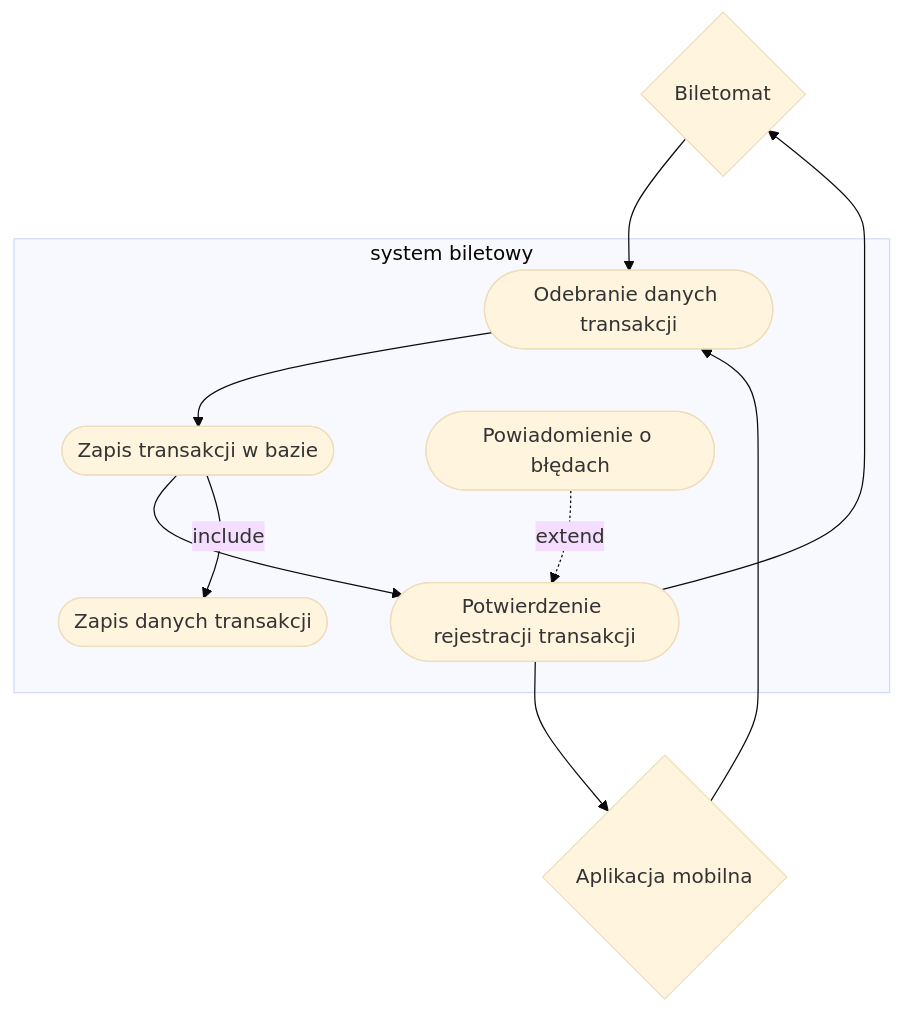
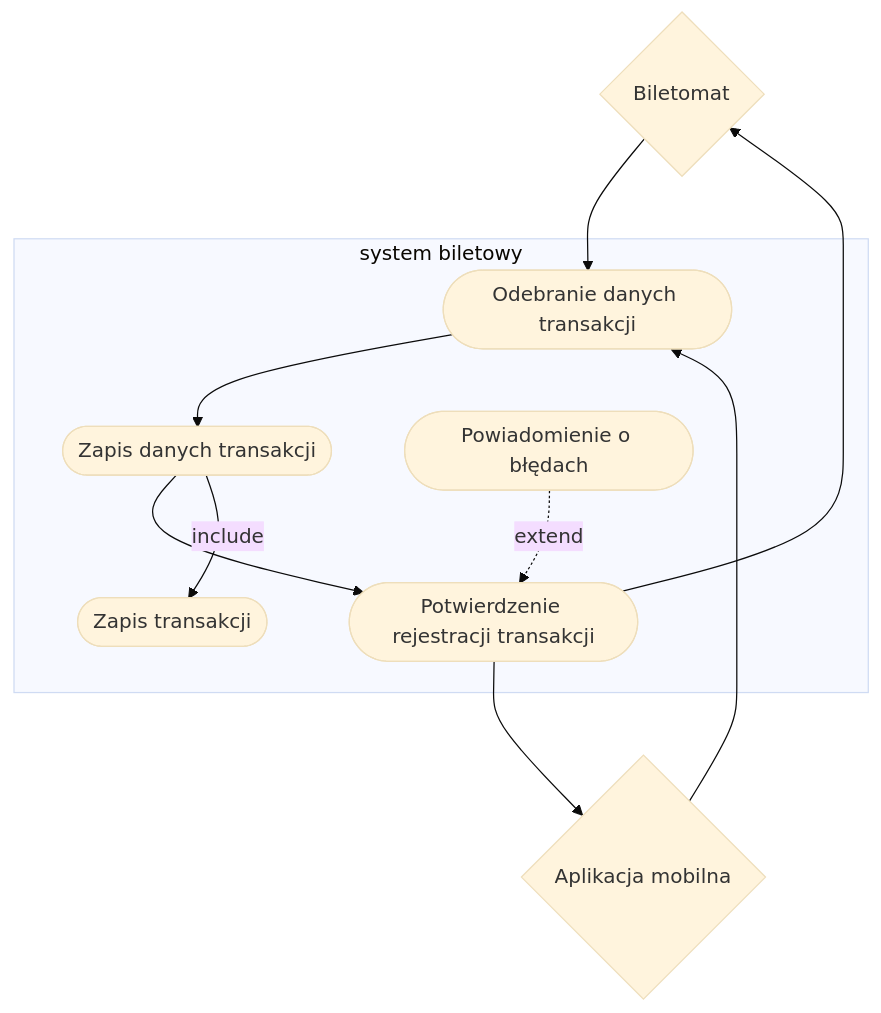
The fourth of 5 diagrams in system-biletowy.md (pilukal/MWO), drawn with Mermaid (base theme) before and after one commit. The commit also changed other lines of this file, not shown here.

````diff
--- a/system-biletowy.md
+++ b/system-biletowy.md
@@ -92,26 +92,26 @@
 ```mermaid
 flowchart TD
     
     Biletomat{Biletomat}
     Aplikacja_mobilna{Aplikacja mobilna}
     Biletomat --> Odebranie_danych_transakcji
     Aplikacja_mobilna --> Odebranie_danych_transakcji
     Potwierdzenie_rejestracji_transakcji -->Biletomat
     Potwierdzenie_rejestracji_transakcji -->Aplikacja_mobilna
     subgraph system biletowy
     
     Odebranie_danych_transakcji([Odebranie danych transakcji])
-    Zapis_transakcji_w_bazie([Zapis transakcji w bazie])
+    Zapis_transakcji_w_bazie([Zapis danych transakcji])
     Potwierdzenie_rejestracji_transakcji([Potwierdzenie rejestracji transakcji])
 
-    Zapis_danych_transakcji([Zapis danych transakcji])
+    Zapis_danych_transakcji([Zapis transakcji])
     Powiadomienie_o_bledach([Powiadomienie o błędach])
 
 
     Odebranie_danych_transakcji --> Zapis_transakcji_w_bazie
     Zapis_transakcji_w_bazie --> Potwierdzenie_rejestracji_transakcji
 
     Zapis_transakcji_w_bazie --> |include| Zapis_danych_transakcji
     Powiadomienie_o_bledach -.-> |extend| Potwierdzenie_rejestracji_transakcji
     end
 ```
````
